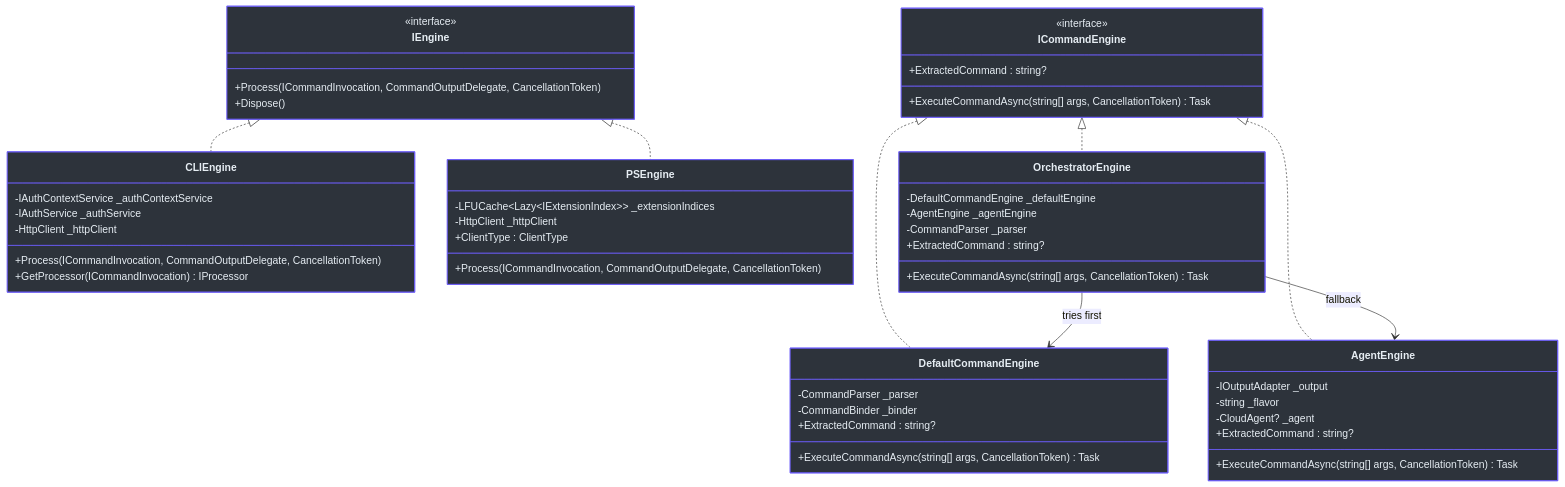
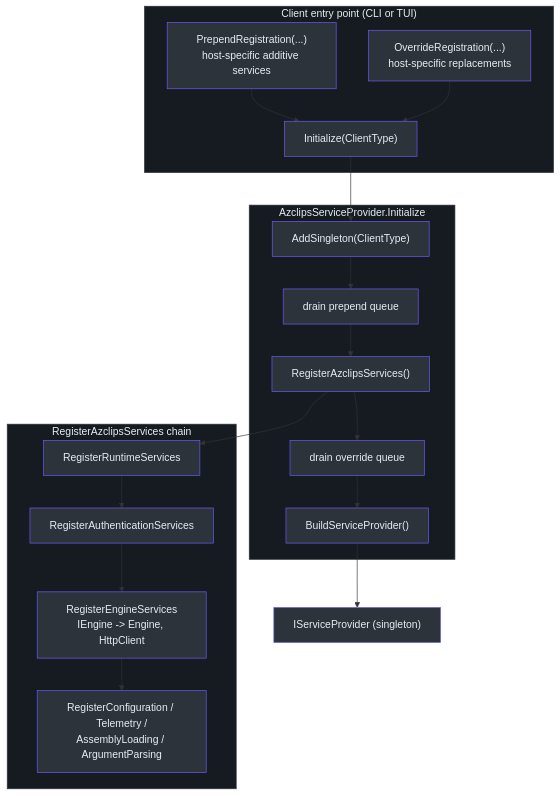
One commit to Azure/azclips changed the first of 2 diagrams in wiki/02-deep-dive/core-engine-orchestration.md. Above: the diagram before and after it, drawn with Mermaid. The commit also changed other lines of this file and 19 other files, not shown here.

````diff
--- a/wiki/02-deep-dive/core-engine-orchestration.md
+++ b/wiki/02-deep-dive/core-engine-orchestration.md
@@ -29,64 +67,46 @@
 ```mermaid
-classDiagram
-    direction TB
+flowchart TD
+    subgraph client["Client entry point (CLI or TUI)"]
+        P["PrependRegistration(...)<br>host-specific additive services"]
+        O["OverrideRegistration(...)<br>host-specific replacements"]
+        I["Initialize(ClientType)"]
+    end
 
-    class IEngine {
-        <<interface>>
-        +Process(ICommandInvocation, CommandOutputDelegate, CancellationToken)
-        +Dispose()
-    }
-    class ICommandEngine {
-        <<interface>>
-        +ExtractedCommand : string?
-        +ExecuteCommandAsync(string[] args, CancellationToken) Task
-    }
-    class CLIEngine {
-        -IAuthContextService _authContextService
-        -IAuthService _authService
-        -HttpClient _httpClient
-        +Process(ICommandInvocation, CommandOutputDelegate, CancellationToken)
-        +GetProcessor(ICommandInvocation) IProcessor
-    }
-    class PSEngine {
-        -LFUCache~Lazy~IExtensionIndex~~ _extensionIndices
-        -HttpClient _httpClient
-        +ClientType : ClientType
-        +Process(ICommandInvocation, CommandOutputDelegate, CancellationToken)
-    }
-    class OrchestratorEngine {
-        -DefaultCommandEngine _defaultEngine
-        -AgentEngine _agentEngine
-        -CommandParser _parser
-        +ExtractedCommand : string?
-        +ExecuteCommandAsync(string[] args, CancellationToken) Task
-    }
-    class DefaultCommandEngine {
-        -CommandParser _parser
-        -CommandBinder _binder
-        +ExtractedCommand : string?
-        +ExecuteCommandAsync(string[] args, CancellationToken) Task
-    }
-    class AgentEngine {
-        -IOutputAdapter _output
-        -string _flavor
-        -CloudAgent? _agent
-        +ExtractedCommand : string?
-        +ExecuteCommandAsync(string[] args, CancellationToken) Task
-    }
+    subgraph root["AzclipsServiceProvider.Initialize"]
+        CT["AddSingleton(ClientType)"]
+        PQ["drain prepend queue"]
+        REG["RegisterAzclipsServices()"]
+        OQ["drain override queue"]
+        BUILD["BuildServiceProvider()"]
+    end
 
-    IEngine <|.. CLIEngine
-    IEngine <|.. PSEngine
-    ICommandEngine <|.. OrchestratorEngine
-    ICommandEngine <|.. DefaultCommandEngine
-    ICommandEngine <|.. AgentEngine
-    OrchestratorEngine --> DefaultCommandEngine : tries first
-    OrchestratorEngine --> AgentEngine : fallback
+    subgraph modules["RegisterAzclipsServices chain"]
+        M1["RegisterRuntimeServices"]
+        M2["RegisterAuthenticationServices"]
+        M3["RegisterEngineServices<br>IEngine -> Engine, HttpClient"]
+        M4["RegisterConfiguration / Telemetry /<br>AssemblyLoading / ArgumentParsing"]
+    end
 
-    style IEngine fill:#2d333b,stroke:#6d5dfc,color:#e6edf3
-    style ICommandEngine fill:#2d333b,stroke:#6d5dfc,color:#e6edf3
-    style CLIEngine fill:#2d333b,stroke:#6d5dfc,color:#e6edf3
-    style PSEngine fill:#2d333b,stroke:#6d5dfc,color:#e6edf3
-    style OrchestratorEngine fill:#2d333b,stroke:#6d5dfc,color:#e6edf3
-    style DefaultCommandEngine fill:#2d333b,stroke:#6d5dfc,color:#e6edf3
-    style AgentEngine fill:#2d333b,stroke:#6d5dfc,color:#e6edf3
+    P --> I
+    O --> I
+    I --> CT --> PQ --> REG --> OQ --> BUILD
+    REG --> M1 --> M2 --> M3 --> M4
+    BUILD --> SP["IServiceProvider (singleton)"]
+
+    style client fill:#161b22,stroke:#30363d,color:#e6edf3
+    style root fill:#161b22,stroke:#30363d,color:#e6edf3
+    style modules fill:#161b22,stroke:#30363d,color:#e6edf3
+    style P fill:#2d333b,stroke:#6d5dfc,color:#e6edf3
+    style O fill:#2d333b,stroke:#6d5dfc,color:#e6edf3
+    style I fill:#2d333b,stroke:#6d5dfc,color:#e6edf3
+    style CT fill:#2d333b,stroke:#6d5dfc,color:#e6edf3
+    style PQ fill:#2d333b,stroke:#6d5dfc,color:#e6edf3
+    style REG fill:#2d333b,stroke:#6d5dfc,color:#e6edf3
+    style OQ fill:#2d333b,stroke:#6d5dfc,color:#e6edf3
+    style BUILD fill:#2d333b,stroke:#6d5dfc,color:#e6edf3
+    style M1 fill:#2d333b,stroke:#6d5dfc,color:#e6edf3
+    style M2 fill:#2d333b,stroke:#6d5dfc,color:#e6edf3
+    style M3 fill:#2d333b,stroke:#6d5dfc,color:#e6edf3
+    style M4 fill:#2d333b,stroke:#6d5dfc,color:#e6edf3
+    style SP fill:#2d333b,stroke:#6d5dfc,color:#e6edf3
 ```
````
